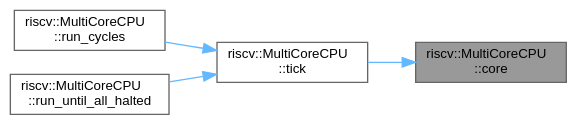
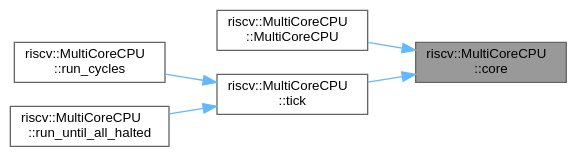
Before and after one commit to danstr0/riscv-uArch-engine: the diagram in api/classriscv_1_1MultiCoreCPU_a70afdef2b59510bffaf2654721d479b5_icgraph.dot, drawn with Graphviz. The commit also changed 202 other files, not shown here.

```diff
--- a/api/classriscv_1_1MultiCoreCPU_a70afdef2b59510bffaf2654721d479b5_icgraph.dot
+++ b/api/classriscv_1_1MultiCoreCPU_a70afdef2b59510bffaf2654721d479b5_icgraph.dot
@@ -1,15 +1,17 @@
 digraph "riscv::MultiCoreCPU::core"
 {
  // LATEX_PDF_SIZE
   bgcolor="transparent";
   edge [fontname=Helvetica,fontsize=10,labelfontname=Helvetica,labelfontsize=10];
   node [fontname=Helvetica,fontsize=10,shape=box,height=0.2,width=0.4];
   rankdir="RL";
   Node1 [id="Node000001",label="riscv::MultiCoreCPU\l::core",height=0.2,width=0.4,color="gray40", fillcolor="grey60", style="filled", fontcolor="black",tooltip=" "];
   Node1 -> Node2 [id="edge1_Node000001_Node000002",dir="back",color="steelblue1",style="solid",tooltip=" "];
-  Node2 [id="Node000002",label="riscv::MultiCoreCPU\l::tick",height=0.2,width=0.4,color="grey40", fillcolor="white", style="filled",URL="$classriscv_1_1MultiCoreCPU.html#ad2796b698f99ac55f7b3c1fba3df06e4",tooltip="Advance all components by one cycle. Returns false if all cores halted."];
-  Node2 -> Node3 [id="edge2_Node000002_Node000003",dir="back",color="steelblue1",style="solid",tooltip=" "];
-  Node3 [id="Node000003",label="riscv::MultiCoreCPU\l::run_cycles",height=0.2,width=0.4,color="grey40", fillcolor="white", style="filled",URL="$classriscv_1_1MultiCoreCPU.html#af4d821ea0d091cf8165c90dfb368085d",tooltip=" "];
-  Node2 -> Node4 [id="edge3_Node000002_Node000004",dir="back",color="steelblue1",style="solid",tooltip=" "];
-  Node4 [id="Node000004",label="riscv::MultiCoreCPU\l::run_until_all_halted",height=0.2,width=0.4,color="grey40", fillcolor="white", style="filled",URL="$classriscv_1_1MultiCoreCPU.html#aebecd2359f8f3ebc8ae35d8a48566b09",tooltip=" "];
+  Node2 [id="Node000002",label="riscv::MultiCoreCPU\l::MultiCoreCPU",height=0.2,width=0.4,color="grey40", fillcolor="white", style="filled",URL="$classriscv_1_1MultiCoreCPU.html#a69263b775059b963523849ec3542484e",tooltip=" "];
+  Node1 -> Node3 [id="edge2_Node000001_Node000003",dir="back",color="steelblue1",style="solid",tooltip=" "];
+  Node3 [id="Node000003",label="riscv::MultiCoreCPU\l::tick",height=0.2,width=0.4,color="grey40", fillcolor="white", style="filled",URL="$classriscv_1_1MultiCoreCPU.html#ad2796b698f99ac55f7b3c1fba3df06e4",tooltip="Advance all components by one cycle. Returns false if all cores halted."];
+  Node3 -> Node4 [id="edge3_Node000003_Node000004",dir="back",color="steelblue1",style="solid",tooltip=" "];
+  Node4 [id="Node000004",label="riscv::MultiCoreCPU\l::run_cycles",height=0.2,width=0.4,color="grey40", fillcolor="white", style="filled",URL="$classriscv_1_1MultiCoreCPU.html#af4d821ea0d091cf8165c90dfb368085d",tooltip=" "];
+  Node3 -> Node5 [id="edge4_Node000003_Node000005",dir="back",color="steelblue1",style="solid",tooltip=" "];
+  Node5 [id="Node000005",label="riscv::MultiCoreCPU\l::run_until_all_halted",height=0.2,width=0.4,color="grey40", fillcolor="white", style="filled",URL="$classriscv_1_1MultiCoreCPU.html#aebecd2359f8f3ebc8ae35d8a48566b09",tooltip=" "];
 }
```
